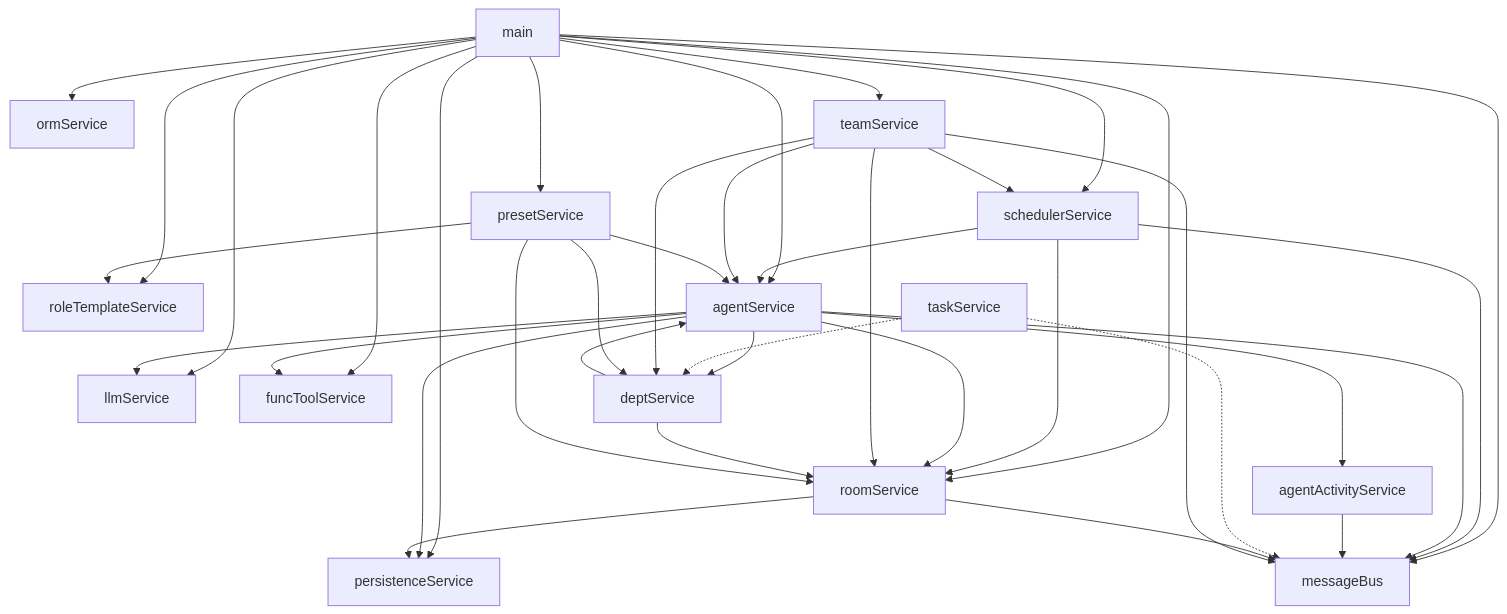
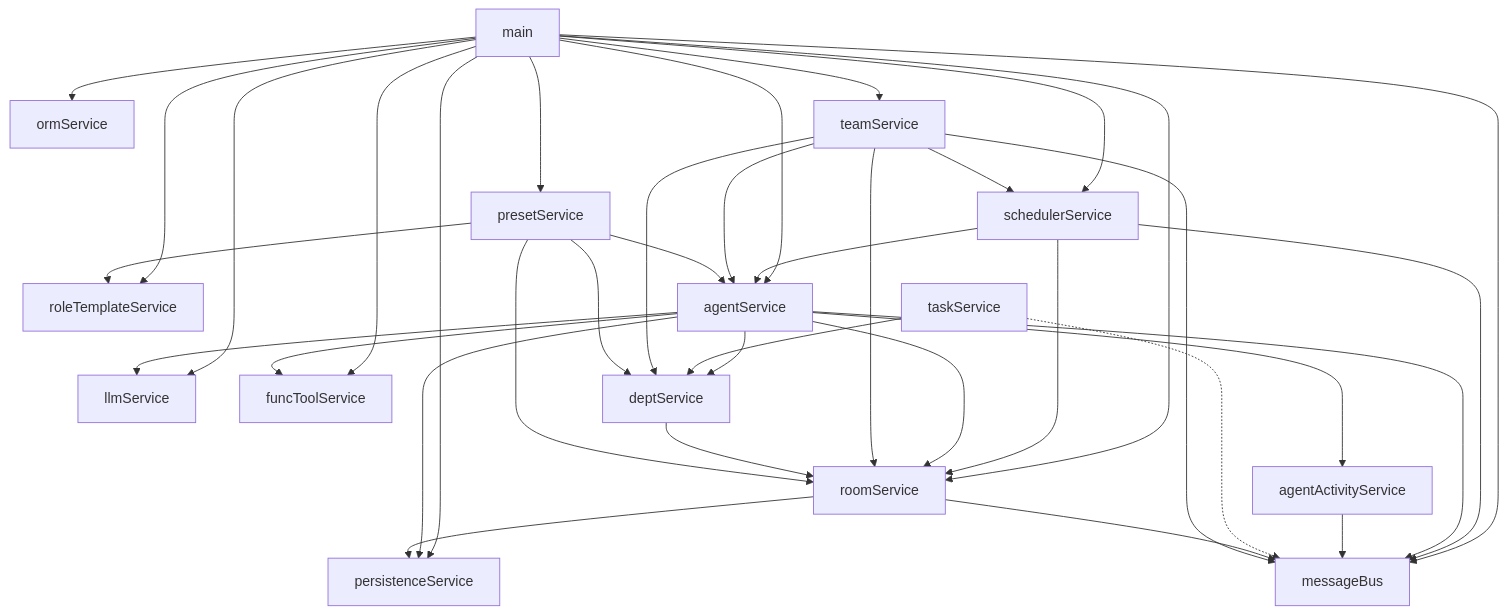
One commit to alexazhou/TogoSpace changed the diagram in docs/tech/01_architecture/service_dependencies.md. Above: the diagram before and after it, drawn with Mermaid. The commit also changed other lines of this file and 9 other files, not shown here.

First line of the commit message:
refactor(service): break agent-task-dept dependency cycle

````diff
--- a/docs/tech/01_architecture/service_dependencies.md
+++ b/docs/tech/01_architecture/service_dependencies.md
@@ -3,48 +3,47 @@
 ```mermaid
 graph TD
     main --> roleTemplateService
     main --> presetService
     main --> agentService
     main --> roomService
     main --> schedulerService
     main --> llmService
     main --> funcToolService
     main --> messageBus
     main --> persistenceService
     main --> ormService
     main --> teamService
 
     schedulerService --> agentService
     schedulerService --> roomService
     schedulerService --> messageBus
 
     agentService --> llmService
     agentService --> roomService
     agentService --> funcToolService
     agentService --> persistenceService
     agentService --> messageBus
     agentService --> deptService
     agentService --> agentActivityService
 
     agentActivityService --> messageBus
 
-    taskService -.-> deptService
+    taskService --> deptService
     taskService -.-> messageBus
 
     roomService --> messageBus
     roomService --> persistenceService
 
     teamService --> deptService
     teamService --> agentService
     teamService --> roomService
     teamService --> schedulerService
     teamService --> messageBus
 
     deptService --> roomService
-    deptService --> agentService
 
     presetService --> agentService
     presetService --> deptService
     presetService --> roleTemplateService
     presetService --> roomService
 ```
````
